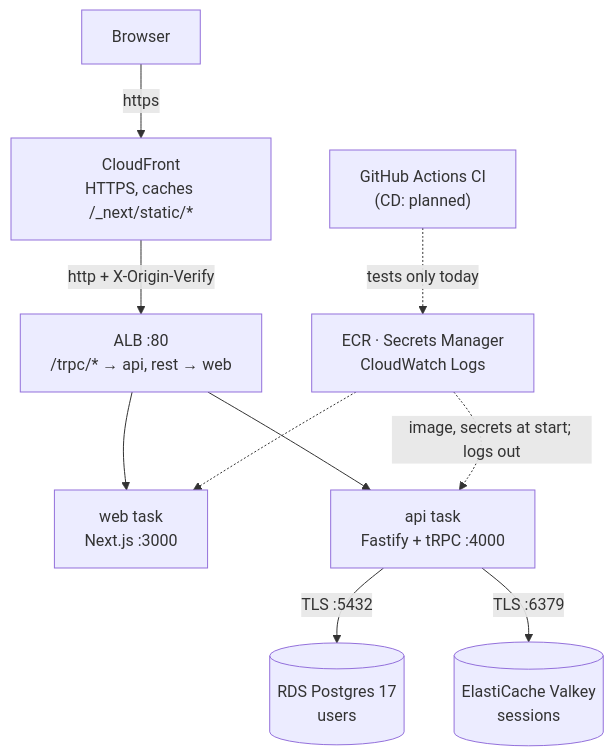
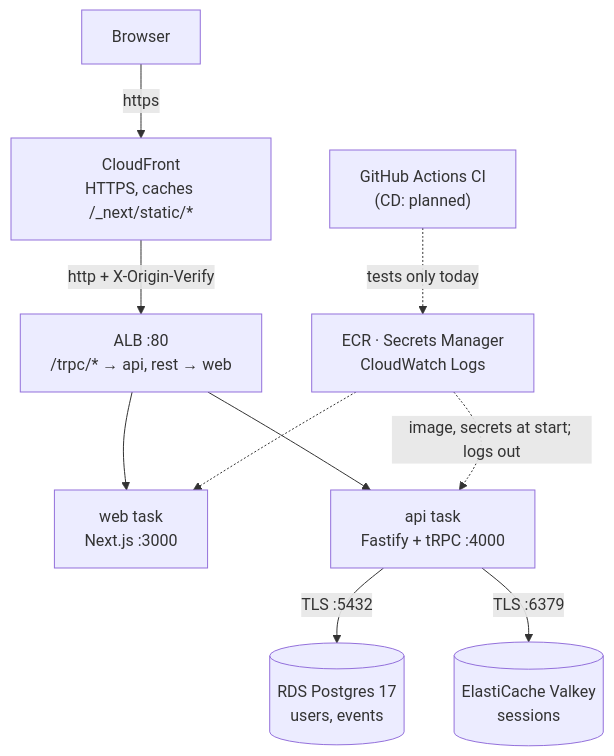
The first of 5 diagrams in docs/handbook/00-big-picture.md (maheshnd/minitickets), drawn with Mermaid before and after one commit. The commit also changed other lines of this file and 41 other files, not shown here.

````diff
--- a/docs/handbook/00-big-picture.md
+++ b/docs/handbook/00-big-picture.md
@@ -14,21 +14,21 @@
 ```mermaid
 flowchart TB
     browser["Browser"]
     cf["CloudFront<br/>HTTPS, caches /_next/static/*"]
     alb["ALB :80<br/>/trpc/* → api, rest → web"]
     web["web task<br/>Next.js :3000"]
     api["api task<br/>Fastify + tRPC :4000"]
-    rds[("RDS Postgres 17<br/>users")]
+    rds[("RDS Postgres 17<br/>users, events")]
     valkey[("ElastiCache Valkey<br/>sessions")]
     aws["ECR · Secrets Manager<br/>CloudWatch Logs"]
     ci["GitHub Actions CI<br/>(CD: planned)"]
     browser -->|"https"| cf
     cf -->|"http + X-Origin-Verify"| alb
     alb --> web
     alb --> api
     api -->|"TLS :5432"| rds
     api -->|"TLS :6379"| valkey
     aws -.->|"image, secrets at start; logs out"| api
     aws -.-> web
     ci -.->|"tests only today"| aws
 ```
````
